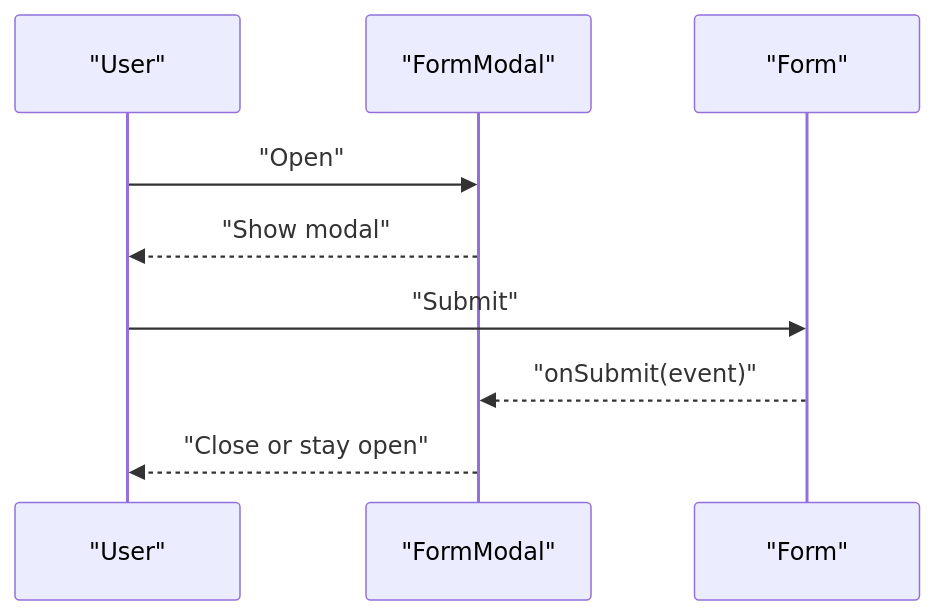
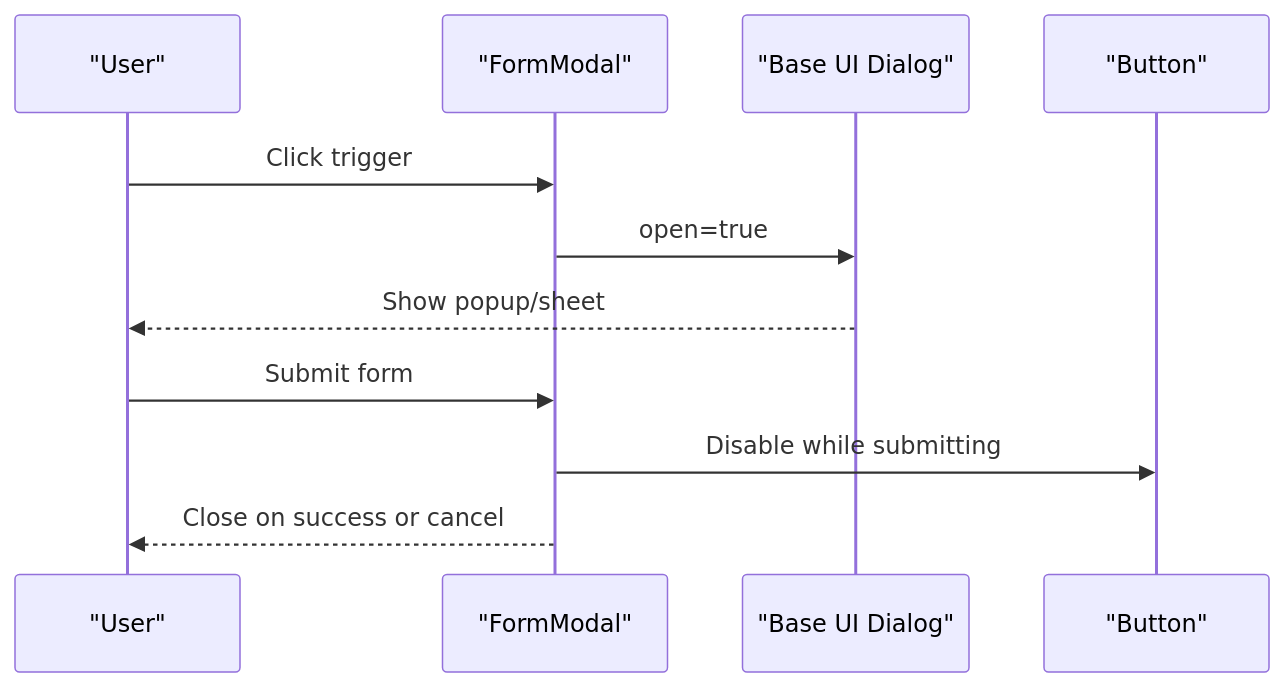
Before and after one commit to Meaetin/alibaba-hackathon: the seventh of 9 diagrams in .qoder/repowiki/en/content/Component Library/Component Library.md, drawn with Mermaid. The commit also changed other lines of this file and 241 other files, not shown here.

````diff
--- a/.qoder/repowiki/en/content/Component Library/Component Library.md
+++ b/.qoder/repowiki/en/content/Component Library/Component Library.md
@@ -384,11 +305,13 @@
 ```mermaid
 sequenceDiagram
 participant U as "User"
 participant FM as "FormModal"
-participant F as "Form"
-U->>FM : "Open"
-FM-->>U : "Show modal"
-U->>F : "Submit"
-F-->>FM : "onSubmit(event)"
-FM-->>U : "Close or stay open"
+participant D as "Base UI Dialog"
+participant BTN as "Button"
+U->>FM : Click trigger
+FM->>D : open=true
+D-->>U : Show popup/sheet
+U->>FM : Submit form
+FM->>BTN : Disable while submitting
+FM-->>U : Close on success or cancel
 ```
````
